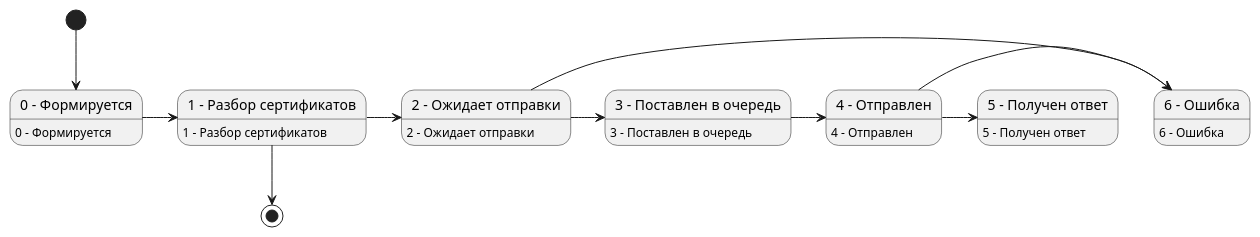
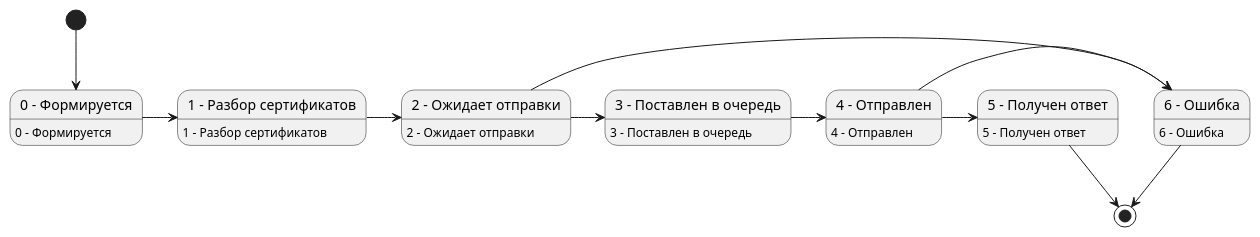
Before and after one commit to citpb/platform-astral-schemes: the diagram in udo_plora_statuses.puml, drawn with PlantUML.

Commit message:
Update udo_plora_statuses.puml
Исправлена ошибка статусной модели. Заканчиваем из 5 и 6 статусов.

```diff
--- a/udo_plora_statuses.puml
+++ b/udo_plora_statuses.puml
@@ -1,29 +1,30 @@
 @startuml
 
 state "0 – Формируется" as State0
 state "1 – Разбор сертификатов" as State1
 state "2 - Ожидает отправки" as State2
 state "3 - Поставлен в очередь" as State3
 state "4 - Отправлен" as State4
 state "5 - Получен ответ" as State5
 state "6 - Ошибка" as State6
 
 State0 : 0 – Формируется
 State1 : 1 – Разбор сертификатов
 State2 : 2 - Ожидает отправки
 State3 : 3 - Поставлен в очередь
 State4 : 4 - Отправлен
 State5 : 5 - Получен ответ
 State6 : 6 - Ошибка
 
 [*] --> State0
 State0 -> State1
 State1 -> State2
 State2 -> State3
 State3 -> State4
 State2 -> State6
 State4 -> State5
 State4 -> State6
-State1 --> [*]
+State5 --> [*]
+State6 --> [*]
 
 @enduml
```
